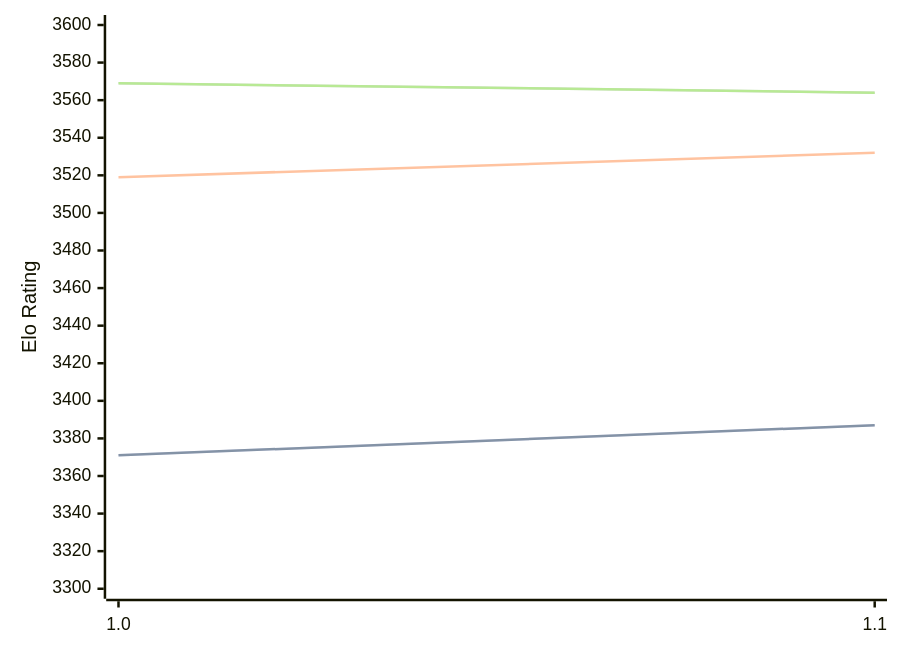
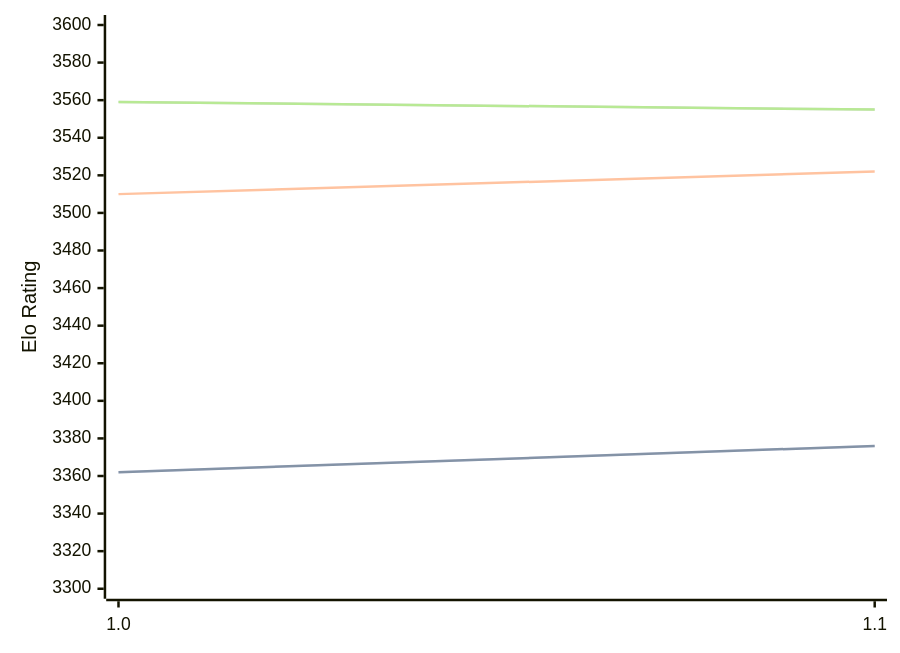
Before and after one commit to computer-chess-index/cci: the diagram in engines/Horsie.md, drawn with Mermaid. The commit also changed other lines of this file, not shown here.

Commit message:
Update CCI Ratings (ELO VLTC) - 2026-03-19

````diff
--- a/engines/Horsie.md
+++ b/engines/Horsie.md
@@ -30,11 +30,11 @@
 ```mermaid
 %%{init: {"theme":"base","themeVariables":{"seriesColors:['#a3a3a3','#222221','#faa371']}}}%%
 xychart-beta
   x-axis ["1.0", "1.1"]
   y-axis "Elo Rating" 3300 --> 3600
-  line "STC (8.0+0.08s)" [3371, 3387]
-  line "STC (8.0+0.08s)" [3371, 3387]
-  line "LTC (60.0+0.60s)" [3519, 3532]
-  line "VLTC (2m24s+1.12s)" [3569, 3564]
-  line "VLTC (2m24s+1.12s)" [3569, 3564]
+  line "STC (8.0+0.08s)" [3362, 3376]
+  line "STC (8.0+0.08s)" [3362, 3376]
+  line "LTC (60.0+0.60s)" [3510, 3522]
+  line "VLTC (2m24s+1.12s)" [3559, 3555]
+  line "VLTC (2m24s+1.12s)" [3559, 3555]
 ```
````
